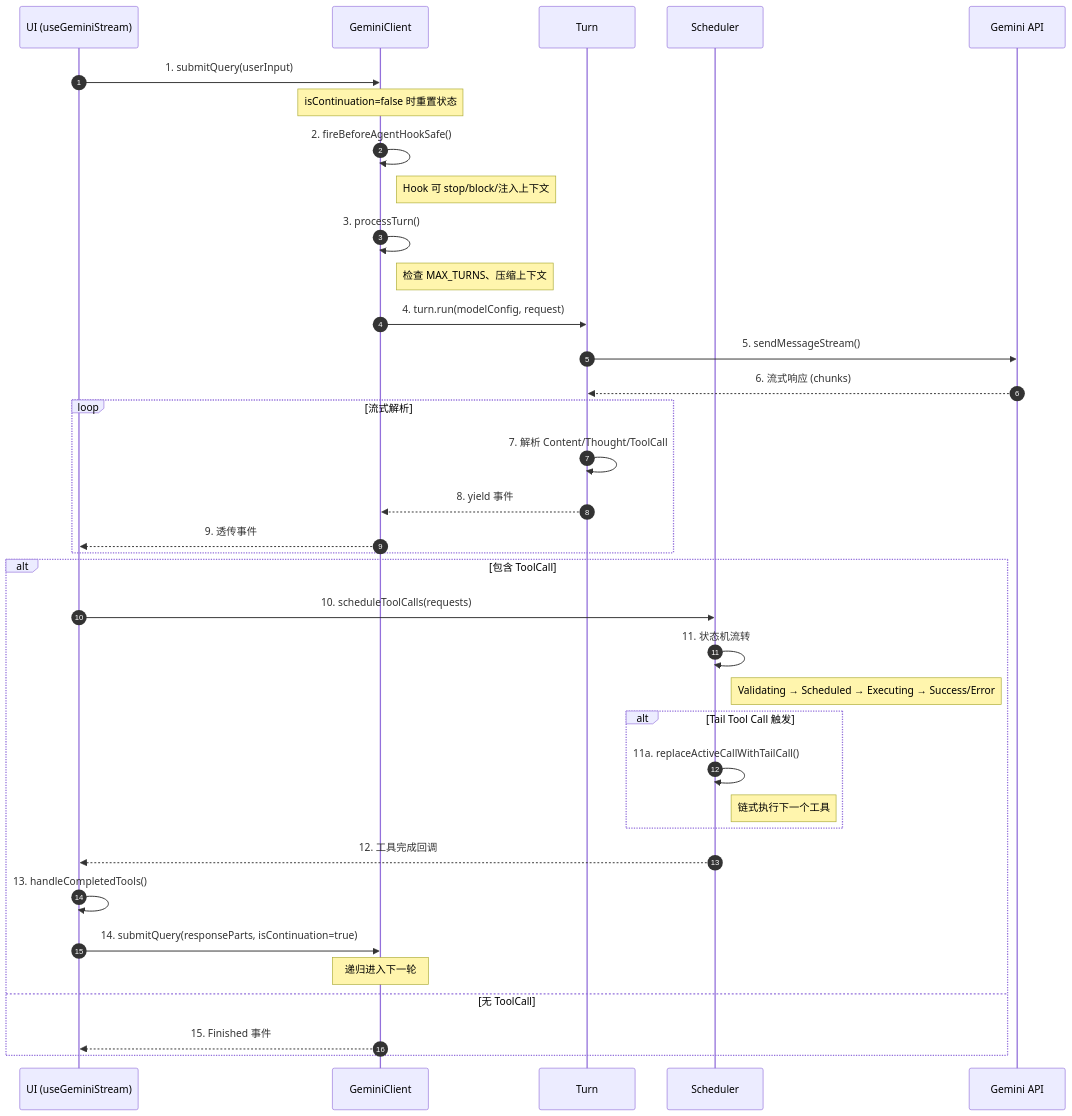
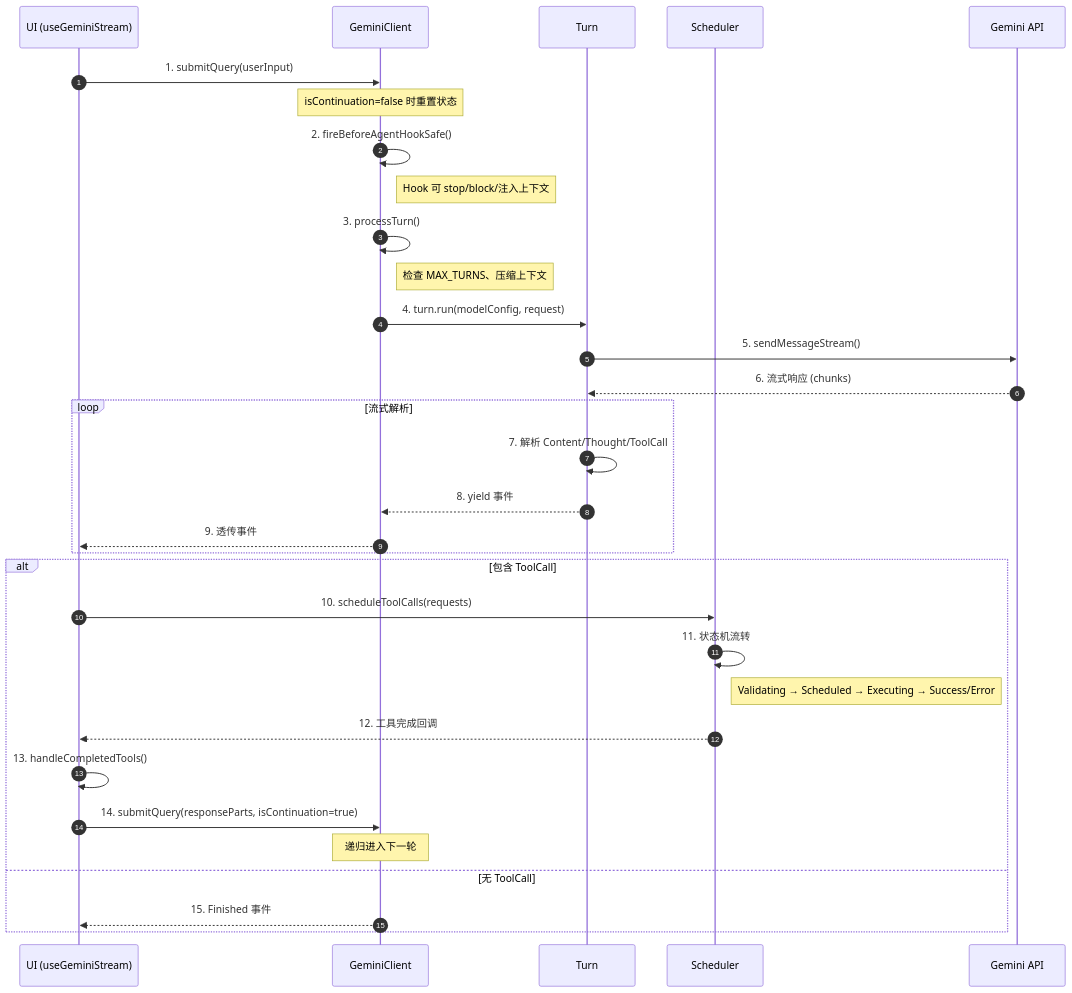
The first of 10 diagrams in docs/gemini-cli/04-gemini-cli-agent-loop.md (giraffe-tree/agent-base), drawn with Mermaid before and after one commit. The commit also changed other lines of this file and 155 other files, not shown here.

````diff
--- a/docs/gemini-cli/04-gemini-cli-agent-loop.md
+++ b/docs/gemini-cli/04-gemini-cli-agent-loop.md
@@ -84,44 +102,40 @@
 ```mermaid
 sequenceDiagram
     autonumber
     participant UI as UI (useGeminiStream)
     participant Client as GeminiClient
     participant Turn as Turn
     participant Scheduler as Scheduler
     participant LLM as Gemini API
 
     UI->>Client: 1. submitQuery(userInput)
     Note over Client: isContinuation=false 时重置状态
 
     Client->>Client: 2. fireBeforeAgentHookSafe()
     Note right of Client: Hook 可 stop/block/注入上下文
 
     Client->>Client: 3. processTurn()
     Note right of Client: 检查 MAX_TURNS、压缩上下文
 
     Client->>Turn: 4. turn.run(modelConfig, request)
     Turn->>LLM: 5. sendMessageStream()
     LLM-->>Turn: 6. 流式响应 (chunks)
 
     loop 流式解析
         Turn->>Turn: 7. 解析 Content/Thought/ToolCall
         Turn-->>Client: 8. yield 事件
         Client-->>UI: 9. 透传事件
     end
 
     alt 包含 ToolCall
         UI->>Scheduler: 10. scheduleToolCalls(requests)
         Scheduler->>Scheduler: 11. 状态机流转
         Note right of Scheduler: Validating → Scheduled → Executing → Success/Error
-        alt Tail Tool Call 触发
-            Scheduler->>Scheduler: 11a. replaceActiveCallWithTailCall()
-            Note right of Scheduler: 链式执行下一个工具
-        end
         Scheduler-->>UI: 12. 工具完成回调
         UI->>UI: 13. handleCompletedTools()
         UI->>Client: 14. submitQuery(responseParts, isContinuation=true)
         Note over Client: 递归进入下一轮
     else 无 ToolCall
         Client-->>UI: 15. Finished 事件
     end
 ```
````
